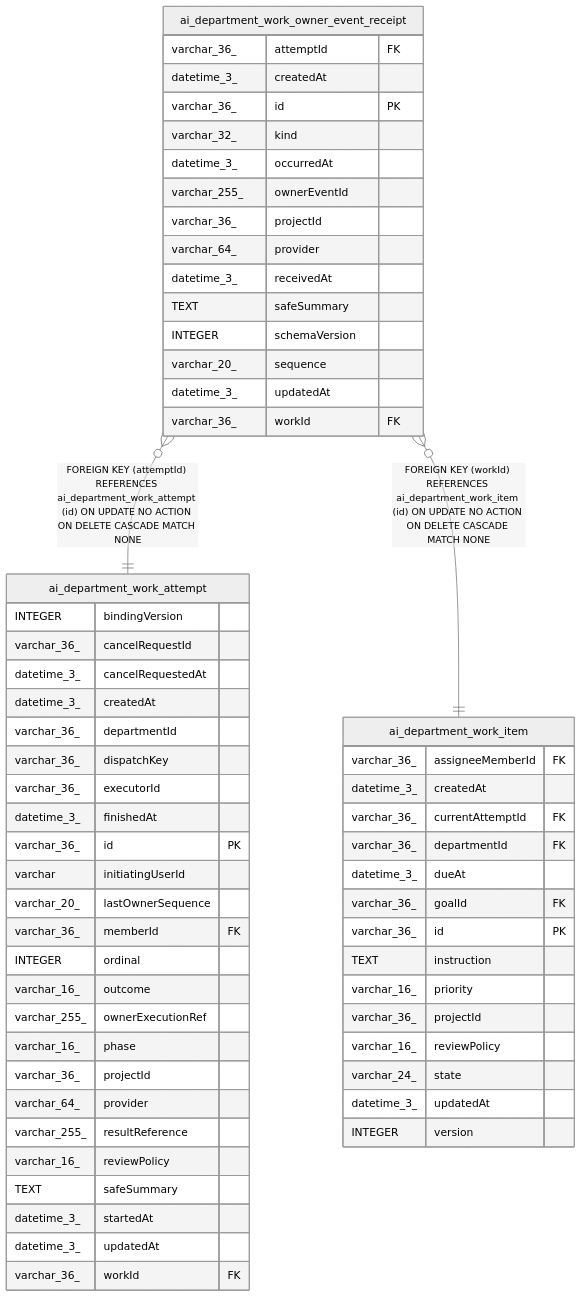
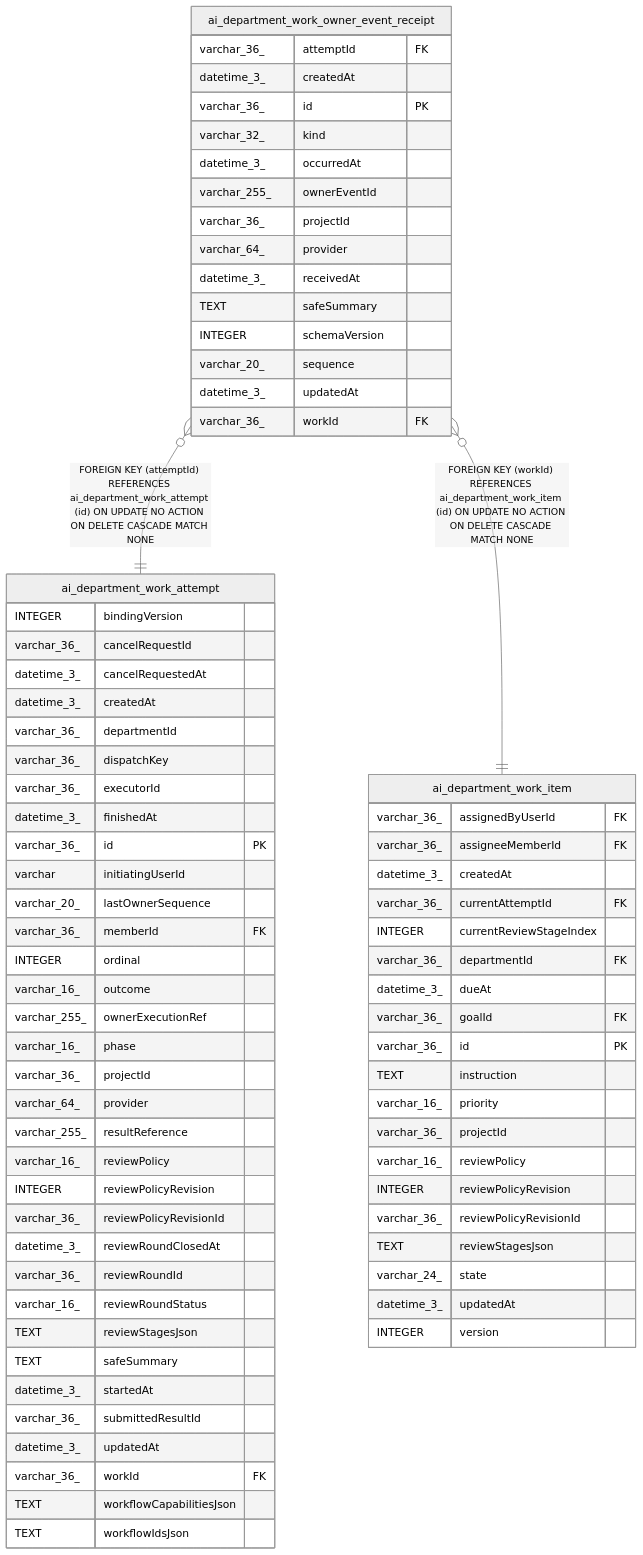
The diagram in docs/generated/sqlite-schema/ai_department_work_owner_event_receipt.md (haison1234/Nexora), drawn with Mermaid (neutral theme) before and after one commit. The commit also changed 524 other files, not shown here.

````diff
--- a/docs/generated/sqlite-schema/ai_department_work_owner_event_receipt.md
+++ b/docs/generated/sqlite-schema/ai_department_work_owner_event_receipt.md
@@ -52,65 +52,79 @@
 ```mermaid
 erDiagram
 
 "ai_department_work_owner_event_receipt" }o--|| "ai_department_work_attempt" : "FOREIGN KEY (attemptId) REFERENCES ai_department_work_attempt (id) ON UPDATE NO ACTION ON DELETE CASCADE MATCH NONE"
 "ai_department_work_owner_event_receipt" }o--|| "ai_department_work_item" : "FOREIGN KEY (workId) REFERENCES ai_department_work_item (id) ON UPDATE NO ACTION ON DELETE CASCADE MATCH NONE"
 
 "ai_department_work_owner_event_receipt" {
   varchar_36_ attemptId FK
   datetime_3_ createdAt
   varchar_36_ id PK
   varchar_32_ kind
   datetime_3_ occurredAt
   varchar_255_ ownerEventId
   varchar_36_ projectId
   varchar_64_ provider
   datetime_3_ receivedAt
   TEXT safeSummary
   INTEGER schemaVersion
   varchar_20_ sequence
   datetime_3_ updatedAt
   varchar_36_ workId FK
 }
 "ai_department_work_attempt" {
   INTEGER bindingVersion
   varchar_36_ cancelRequestId
   datetime_3_ cancelRequestedAt
   datetime_3_ createdAt
   varchar_36_ departmentId
   varchar_36_ dispatchKey
   varchar_36_ executorId
   datetime_3_ finishedAt
   varchar_36_ id PK
   varchar initiatingUserId
   varchar_20_ lastOwnerSequence
   varchar_36_ memberId FK
   INTEGER ordinal
   varchar_16_ outcome
   varchar_255_ ownerExecutionRef
   varchar_16_ phase
   varchar_36_ projectId
   varchar_64_ provider
   varchar_255_ resultReference
   varchar_16_ reviewPolicy
+  INTEGER reviewPolicyRevision
+  varchar_36_ reviewPolicyRevisionId
+  datetime_3_ reviewRoundClosedAt
+  varchar_36_ reviewRoundId
+  varchar_16_ reviewRoundStatus
+  TEXT reviewStagesJson
   TEXT safeSummary
   datetime_3_ startedAt
+  varchar_36_ submittedResultId
   datetime_3_ updatedAt
   varchar_36_ workId FK
+  TEXT workflowCapabilitiesJson
+  TEXT workflowIdsJson
 }
 "ai_department_work_item" {
+  varchar_36_ assignedByUserId FK
   varchar_36_ assigneeMemberId FK
   datetime_3_ createdAt
   varchar_36_ currentAttemptId FK
+  INTEGER currentReviewStageIndex
   varchar_36_ departmentId FK
   datetime_3_ dueAt
   varchar_36_ goalId FK
   varchar_36_ id PK
   TEXT instruction
   varchar_16_ priority
   varchar_36_ projectId
   varchar_16_ reviewPolicy
+  INTEGER reviewPolicyRevision
+  varchar_36_ reviewPolicyRevisionId
+  TEXT reviewStagesJson
   varchar_24_ state
   datetime_3_ updatedAt
   INTEGER version
 }
 ```
````
